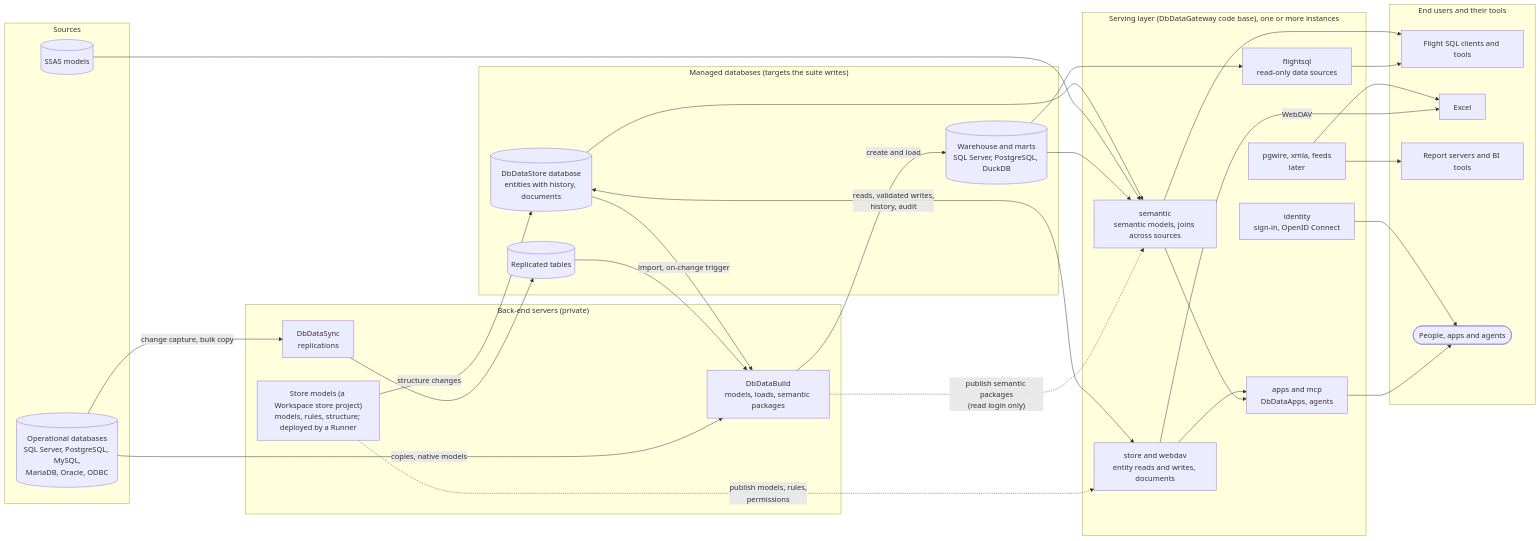
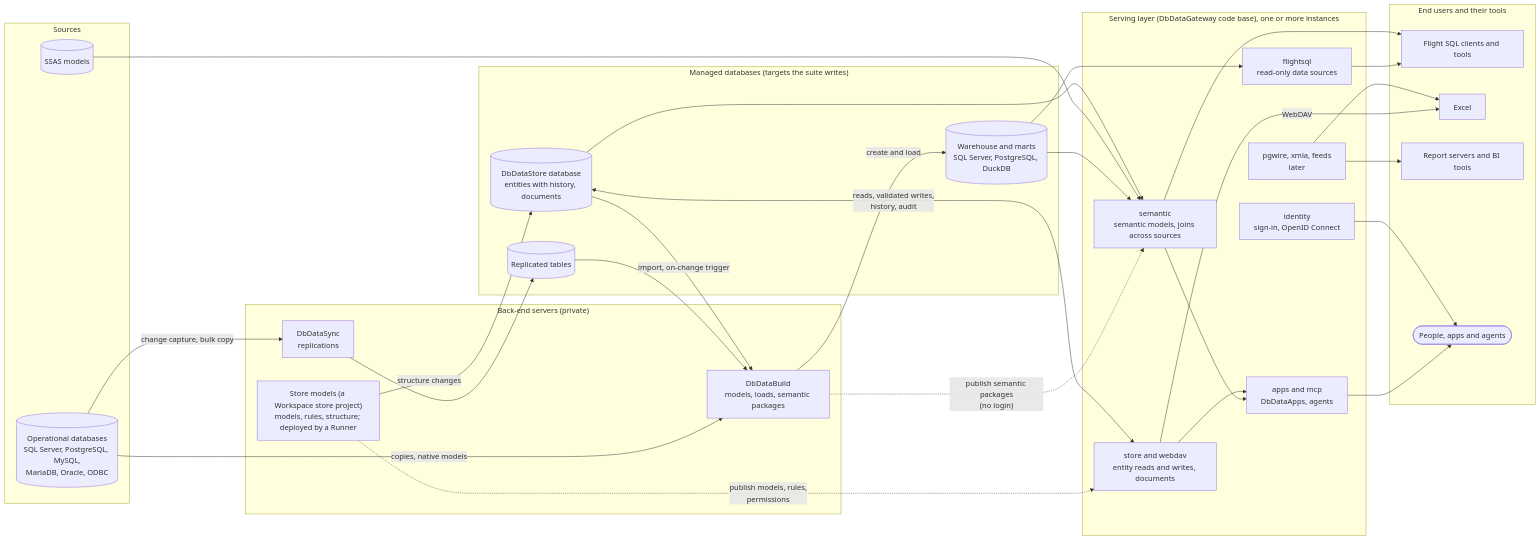
One commit to DbDataSync/DbDataKit changed the first of 2 diagrams in docs/suite-data-flow.md. Above: the diagram before and after it, drawn with Mermaid. The commit also changed other lines of this file and 49 other files, not shown here.

````diff
--- a/docs/suite-data-flow.md
+++ b/docs/suite-data-flow.md
@@ -9,62 +9,62 @@
 ```mermaid
 flowchart LR
     subgraph SRC["Sources"]
         SDB[("Operational databases<br/>SQL Server, PostgreSQL, MySQL,<br/>MariaDB, Oracle, ODBC")]
         SSAS[("SSAS models")]
     end
 
     subgraph BACK["Back-end servers (private)"]
         REP["DbDataSync<br/>replications"]
         MODELS["DbDataBuild<br/>models, loads, semantic packages"]
         STOREDEF["Store models (a Workspace store project)<br/>models, rules, structure; deployed by a Runner"]
     end
 
     subgraph MANAGED["Managed databases (targets the suite writes)"]
         STAGE[("Replicated tables")]
         WH[("Warehouse and marts<br/>SQL Server, PostgreSQL, DuckDB")]
         ENT[("DbDataStore database<br/>entities with history, documents")]
     end
 
     subgraph EDGE["Serving layer (DbDataGateway code base), one or more instances"]
         DS["flightsql<br/>read-only data sources"]
         SEM["semantic<br/>semantic models, joins across sources"]
         STOREMOD["store and webdav<br/>entity reads and writes, documents"]
         APPSMOD["apps and mcp<br/>DbDataApps, agents"]
         IDMOD["identity<br/>sign-in, OpenID Connect"]
         LATER["pgwire, xmla, feeds<br/>later"]
     end
 
     subgraph USE["End users and their tools"]
         CLIENTS["Flight SQL clients and tools"]
         EXCEL["Excel"]
         BI["Report servers and BI tools"]
         PEOPLE(["People, apps and agents"])
     end
 
     SDB -->|"change capture, bulk copy"| REP
     REP --> STAGE
     SDB -->|"copies, native models"| MODELS
     STAGE --> MODELS
     ENT -->|"import, on-change trigger"| MODELS
     MODELS -->|"create and load"| WH
     STOREDEF -->|"structure changes"| ENT
 
-    MODELS -.->|"publish semantic packages<br/>(read login only)"| SEM
+    MODELS -.->|"publish semantic packages<br/>(no login)"| SEM
     STOREDEF -.->|"publish models, rules,<br/>permissions"| STOREMOD
 
     WH --> DS
     WH --> SEM
     SSAS --> SEM
     ENT --> SEM
     ENT <-->|"reads, validated writes,<br/>history, audit"| STOREMOD
 
     DS --> CLIENTS
     SEM --> CLIENTS
     SEM --> APPSMOD
     STOREMOD --> APPSMOD
     STOREMOD -->|"WebDAV"| EXCEL
     LATER --> EXCEL
     LATER --> BI
     APPSMOD --> PEOPLE
     IDMOD --> PEOPLE
 ```
````
